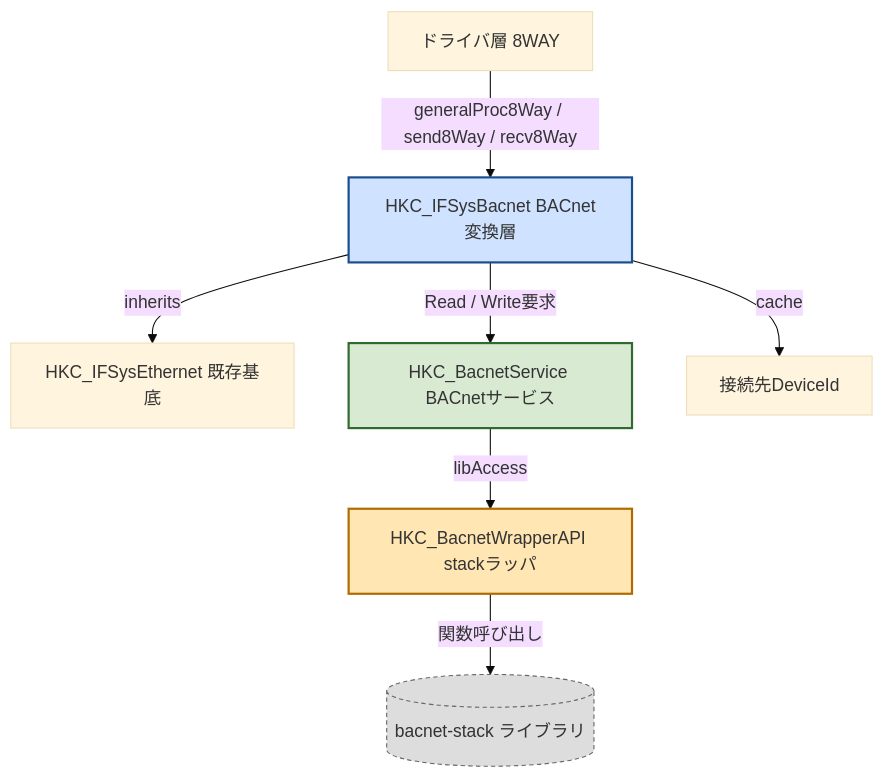
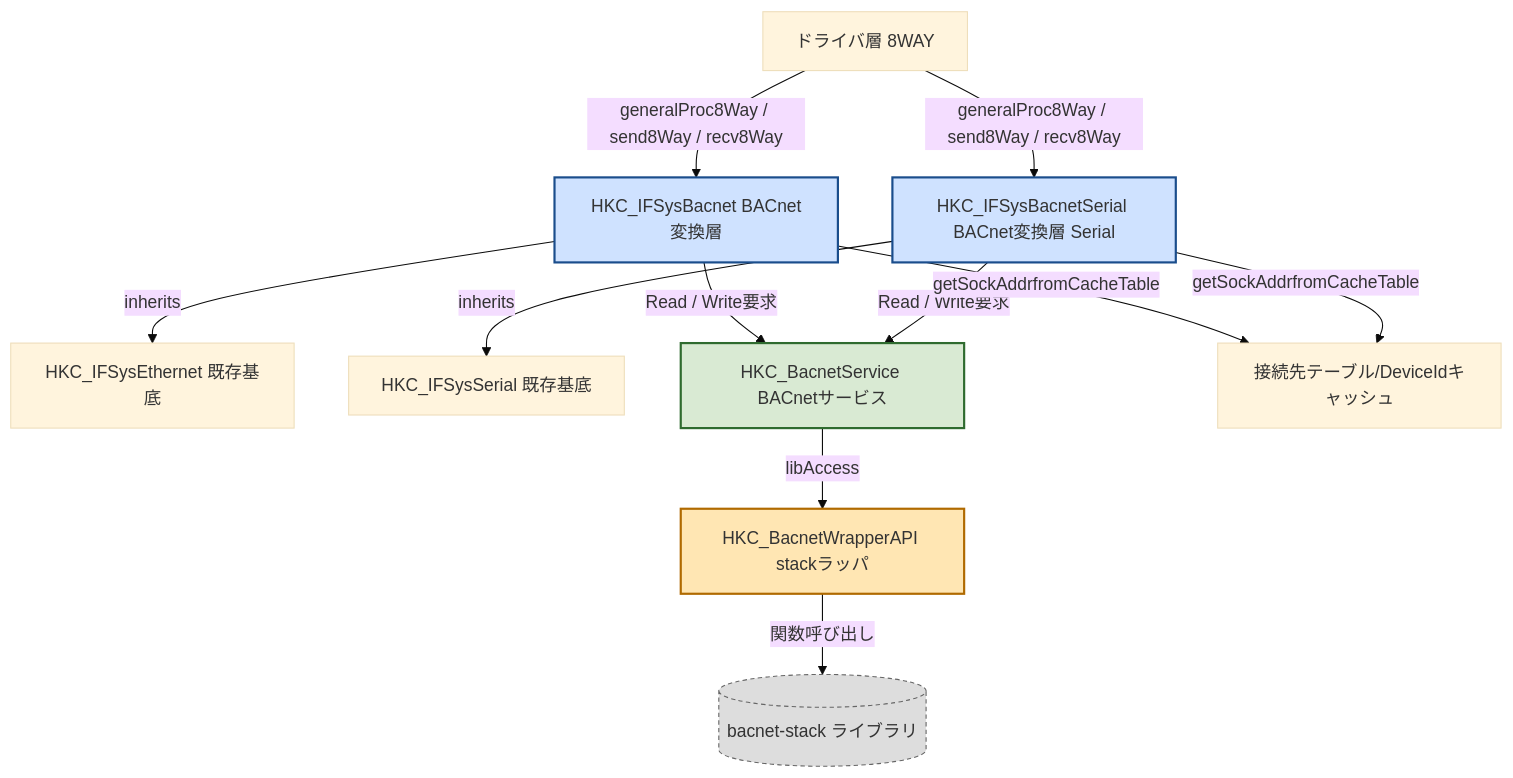
Before and after one commit to moto046/markdown-test: the first of 5 diagrams in bacnet.md, drawn with Mermaid (base theme). The commit also changed other lines of this file, not shown here.

````diff
--- a/bacnet.md
+++ b/bacnet.md
@@ -7,22 +7,29 @@
 ```mermaid
 graph TD
-    Driver[ドライバ層 8WAY]
-    IFEth[HKC_IFSysEthernet 既存基底]
-    IFBacnet[HKC_IFSysBacnet BACnet変換層]
-    Svc[HKC_BacnetService BACnetサービス]
-    Wrapper[HKC_BacnetWrapperAPI stackラッパ]
-    StackLib[(bacnet-stack ライブラリ)]
-    Cache[接続先DeviceId]
+  Driver[ドライバ層 8WAY]
+  IFEth[HKC_IFSysEthernet 既存基底]
+  IFSer[HKC_IFSysSerial 既存基底]
+  IFBacnet[HKC_IFSysBacnet BACnet変換層]
+  IFBacnetSer[HKC_IFSysBacnetSerial BACnet変換層 Serial]
+  Svc[HKC_BacnetService BACnetサービス]
+  Wrapper[HKC_BacnetWrapperAPI stackラッパ]
+  StackLib[(bacnet-stack ライブラリ)]
+  Cache[接続先テーブル/DeviceIdキャッシュ]
 
-    Driver -->|generalProc8Way / send8Way / recv8Way| IFBacnet
-    IFBacnet -->|inherits| IFEth
-    IFBacnet -->|Read / Write要求| Svc
-    IFBacnet -->|cache| Cache
-    Svc -->|libAccess| Wrapper
-    Wrapper -->|関数呼び出し| StackLib
+  Driver -->|generalProc8Way / send8Way / recv8Way| IFBacnet
+  Driver -->|generalProc8Way / send8Way / recv8Way| IFBacnetSer
+  IFBacnet -->|inherits| IFEth
+  IFBacnetSer -->|inherits| IFSer
+  IFBacnet -->|Read / Write要求| Svc
+  IFBacnetSer -->|Read / Write要求| Svc
+  IFBacnet -->|getSockAddrfromCacheTable| Cache
+  IFBacnetSer -->|getSockAddrfromCacheTable| Cache
+  Svc -->|libAccess| Wrapper
+  Wrapper -->|関数呼び出し| StackLib
 
-    style IFBacnet fill:#cfe2ff,stroke:#1a4d8c,stroke-width:2px
-    style Svc fill:#d9ead3,stroke:#2f6b2f,stroke-width:2px
-    style Wrapper fill:#ffe6b3,stroke:#b06a00,stroke-width:2px
-    style StackLib fill:#dddddd,stroke:#666,stroke-dasharray:4 3
+  style IFBacnet fill:#cfe2ff,stroke:#1a4d8c,stroke-width:2px
+  style IFBacnetSer fill:#cfe2ff,stroke:#1a4d8c,stroke-width:2px
+  style Svc fill:#d9ead3,stroke:#2f6b2f,stroke-width:2px
+  style Wrapper fill:#ffe6b3,stroke:#b06a00,stroke-width:2px
+  style StackLib fill:#dddddd,stroke:#666,stroke-dasharray:4 3
 ```
````
